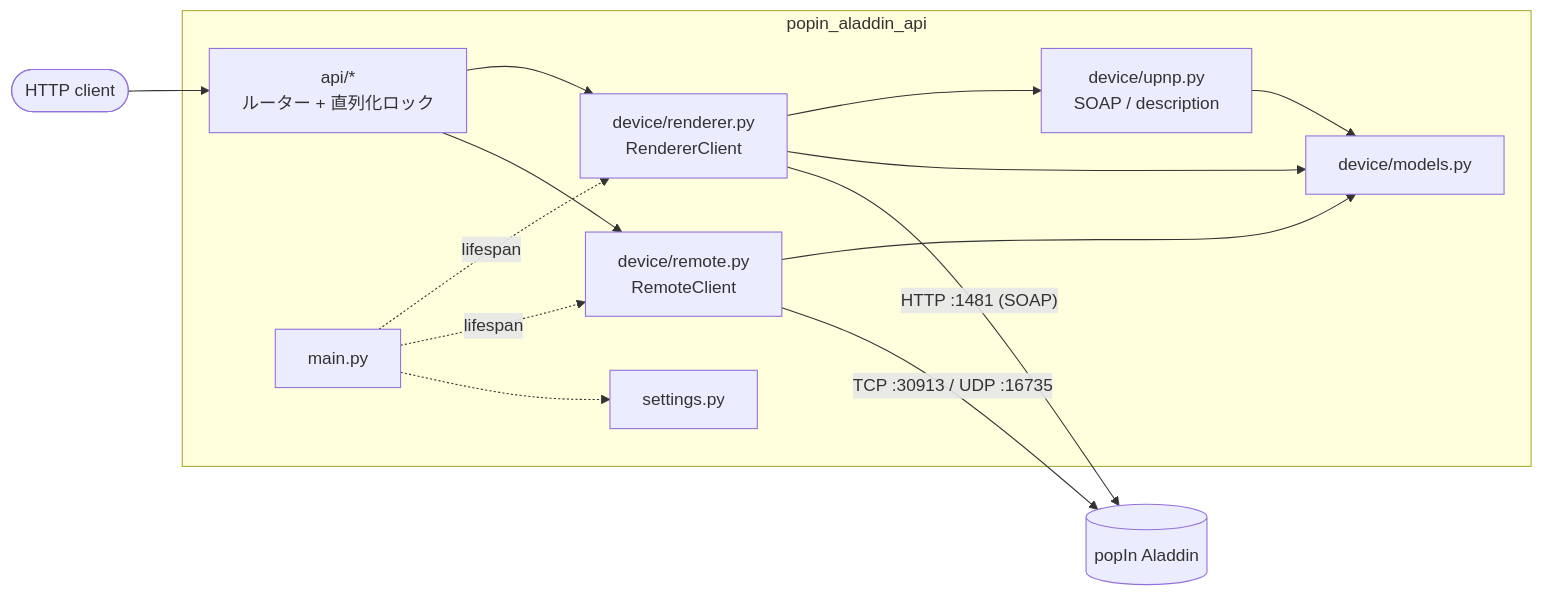
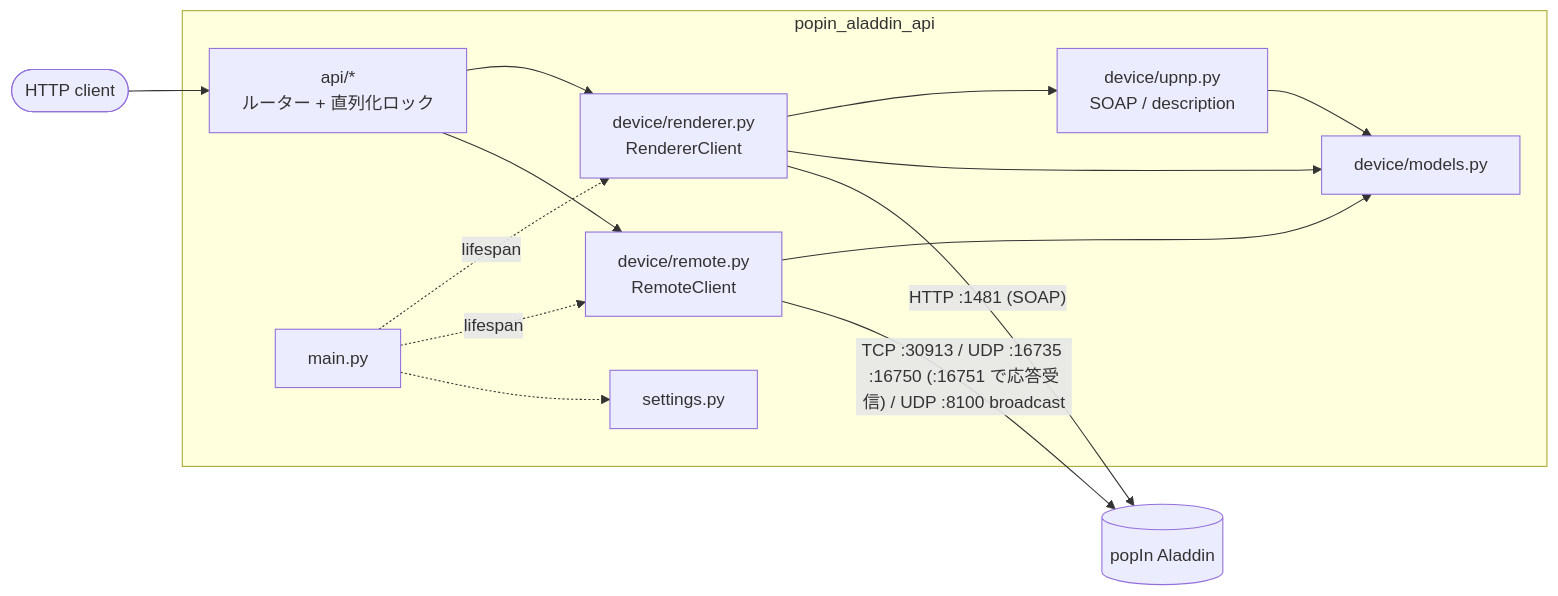
Before and after one commit to msageha/popin-aladdin-api: the diagram in README.md, drawn with Mermaid. The commit also changed other lines of this file and 7 other files, not shown here.

First line of the commit message:
feat(remote): 公式アプリの解析で復元した制御コマンドを追加し、UDP JSON コマンドの送信先を修正する (#15)

````diff
--- a/README.md
+++ b/README.md
@@ -334,16 +375,16 @@
 ```mermaid
 flowchart LR
     client([HTTP client]) --> api
 
     subgraph app [popin_aladdin_api]
         api[api/*<br/>ルーター + 直列化ロック] --> renderer[device/renderer.py<br/>RendererClient]
         api --> remote[device/remote.py<br/>RemoteClient]
         renderer --> upnp[device/upnp.py<br/>SOAP / description]
         renderer & remote & upnp --> models[device/models.py]
         main[main.py] -. lifespan .-> renderer & remote
         main -.-> settings[settings.py]
     end
 
     renderer -- "HTTP :1481 (SOAP)" --> dev[(popIn Aladdin)]
-    remote -- "TCP :30913 / UDP :16735" --> dev
+    remote -- "TCP :30913 / UDP :16735 :16750 (:16751 で応答受信) / UDP :8100 broadcast" --> dev
 ```
````
